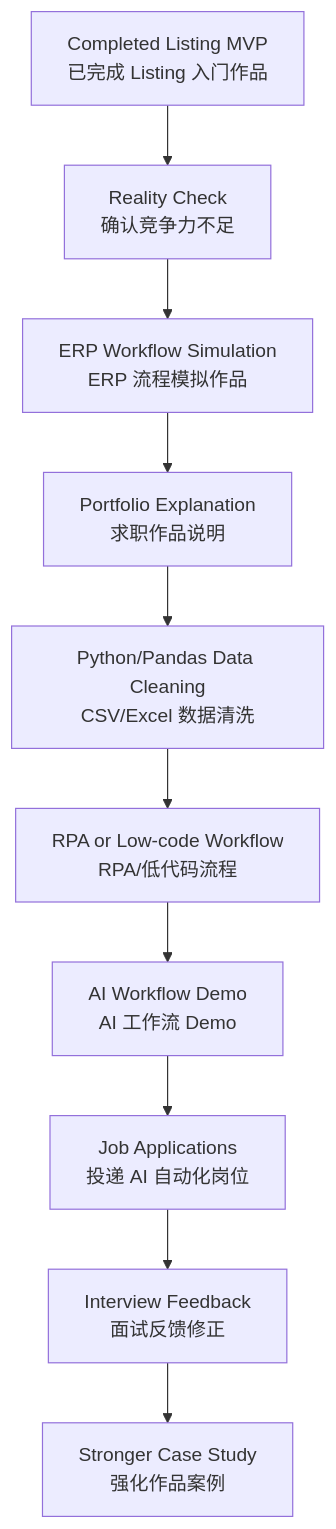
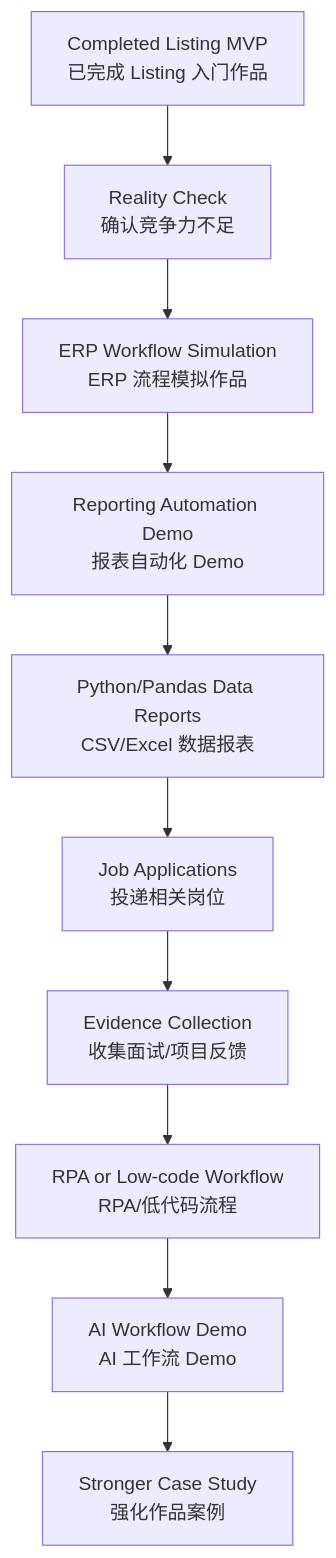
The first of 3 diagrams in task-plans/01-overall-roadmap.md (sai5585wo/work-plan), drawn with Mermaid before and after one commit. The commit also changed other lines of this file and 5 other files, not shown here.

Commit message:
Refine roadmap around reporting automation

````diff
--- a/task-plans/01-overall-roadmap.md
+++ b/task-plans/01-overall-roadmap.md
@@ -62,12 +62,12 @@
 ```mermaid
 flowchart TD
     A["Completed Listing MVP<br/>已完成 Listing 入门作品"] --> B["Reality Check<br/>确认竞争力不足"]
     B --> C["ERP Workflow Simulation<br/>ERP 流程模拟作品"]
-    C --> D["Portfolio Explanation<br/>求职作品说明"]
-    D --> E["Python/Pandas Data Cleaning<br/>CSV/Excel 数据清洗"]
-    E --> F["RPA or Low-code Workflow<br/>RPA/低代码流程"]
-    F --> G["AI Workflow Demo<br/>AI 工作流 Demo"]
-    G --> H["Job Applications<br/>投递 AI 自动化岗位"]
-    H --> I["Interview Feedback<br/>面试反馈修正"]
+    C --> D["Reporting Automation Demo<br/>报表自动化 Demo"]
+    D --> E["Python/Pandas Data Reports<br/>CSV/Excel 数据报表"]
+    E --> F["Job Applications<br/>投递相关岗位"]
+    F --> G["Evidence Collection<br/>收集面试/项目反馈"]
+    G --> H["RPA or Low-code Workflow<br/>RPA/低代码流程"]
+    H --> I["AI Workflow Demo<br/>AI 工作流 Demo"]
     I --> J["Stronger Case Study<br/>强化作品案例"]
 ```
````
